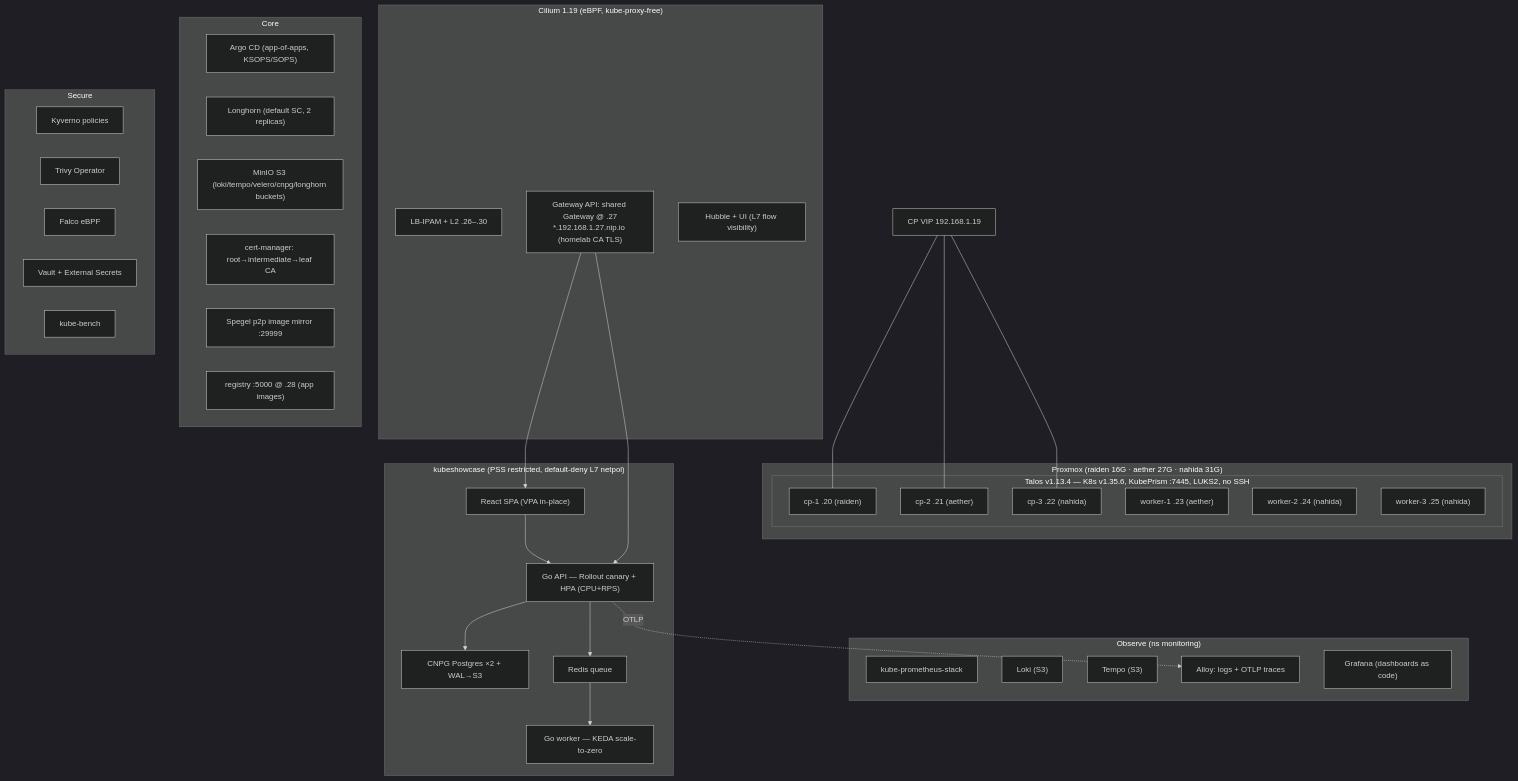
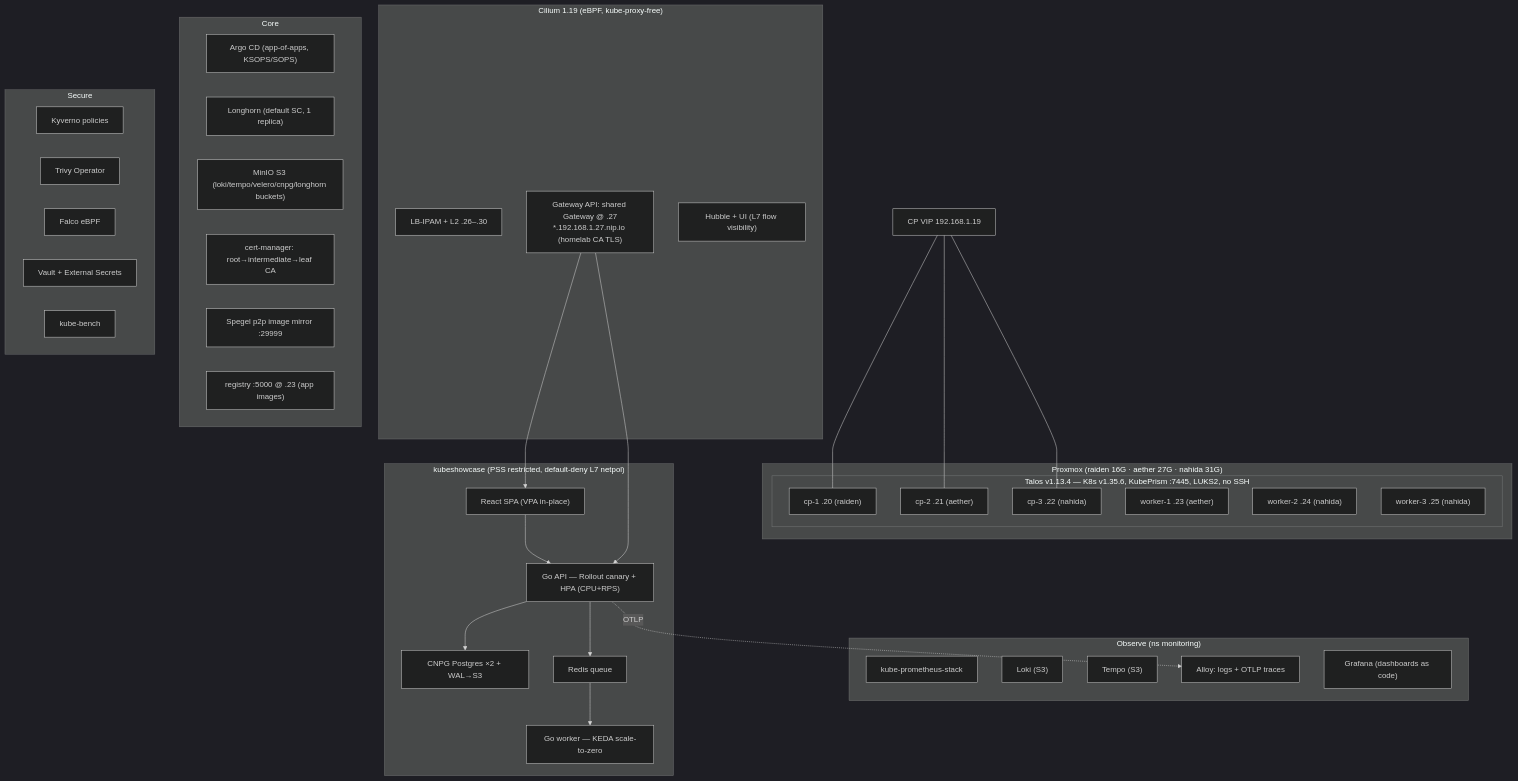
One commit to CoreyC315/talos-test changed the diagram in README.md. Above: the diagram before and after it, drawn with Mermaid (dark theme). The commit also changed other lines of this file and 3 other files, not shown here.

Commit message:
docs QA fixes: registry .28->.23, Longhorn 2->1 replicas, alloy path, gotcha xref, 40GiB title (from multi-agent review)

````diff
--- a/README.md
+++ b/README.md
@@ -15,39 +16,39 @@
 ```mermaid
 flowchart TB
   subgraph proxmox["Proxmox (raiden 16G · aether 27G · nahida 31G)"]
     subgraph talos["Talos v1.13.4 — K8s v1.35.6, KubePrism :7445, LUKS2, no SSH"]
       cp1["cp-1 .20 (raiden)"]; cp2["cp-2 .21 (aether)"]; cp3["cp-3 .22 (nahida)"]
       w1["worker-1 .23 (aether)"]; w2["worker-2 .24 (nahida)"]; w3["worker-3 .25 (nahida)"]
     end
   end
   vip["CP VIP 192.168.1.19"] --- cp1 & cp2 & cp3
   subgraph net["Cilium 1.19 (eBPF, kube-proxy-free)"]
     lbipam["LB-IPAM + L2 .26–.30"]
     gw["Gateway API: shared Gateway @ .27<br/>*.192.168.1.27.nip.io (homelab CA TLS)"]
     hubble["Hubble + UI (L7 flow visibility)"]
   end
   subgraph core["Core"]
     argocd["Argo CD (app-of-apps, KSOPS/SOPS)"]
-    lh["Longhorn (default SC, 2 replicas)"]
+    lh["Longhorn (default SC, 1 replica)"]
     minio["MinIO S3 (loki/tempo/velero/cnpg/longhorn buckets)"]
     cm["cert-manager: root→intermediate→leaf CA"]
     spegel["Spegel p2p image mirror :29999"]
-    reg["registry :5000 @ .28 (app images)"]
+    reg["registry :5000 @ .23 (app images)"]
   end
   subgraph obs["Observe (ns monitoring)"]
     prom["kube-prometheus-stack"]; loki["Loki (S3)"]; tempo["Tempo (S3)"]
     alloy["Alloy: logs + OTLP traces"]; graf["Grafana (dashboards as code)"]
   end
   subgraph sec["Secure"]
     kyv["Kyverno policies"]; trivy["Trivy Operator"]; falco["Falco eBPF"]
     vault["Vault + External Secrets"]; bench["kube-bench"]
   end
   subgraph app["kubeshowcase (PSS restricted, default-deny L7 netpol)"]
     fe["React SPA (VPA in-place)"] --> api["Go API — Rollout canary + HPA (CPU+RPS)"]
     api --> pg["CNPG Postgres ×2 + WAL→S3"]
     api --> redis["Redis queue"]
     redis --> wk["Go worker — KEDA scale-to-zero"]
     api -. OTLP .-> alloy
   end
   gw --> fe & api
 ```
````
